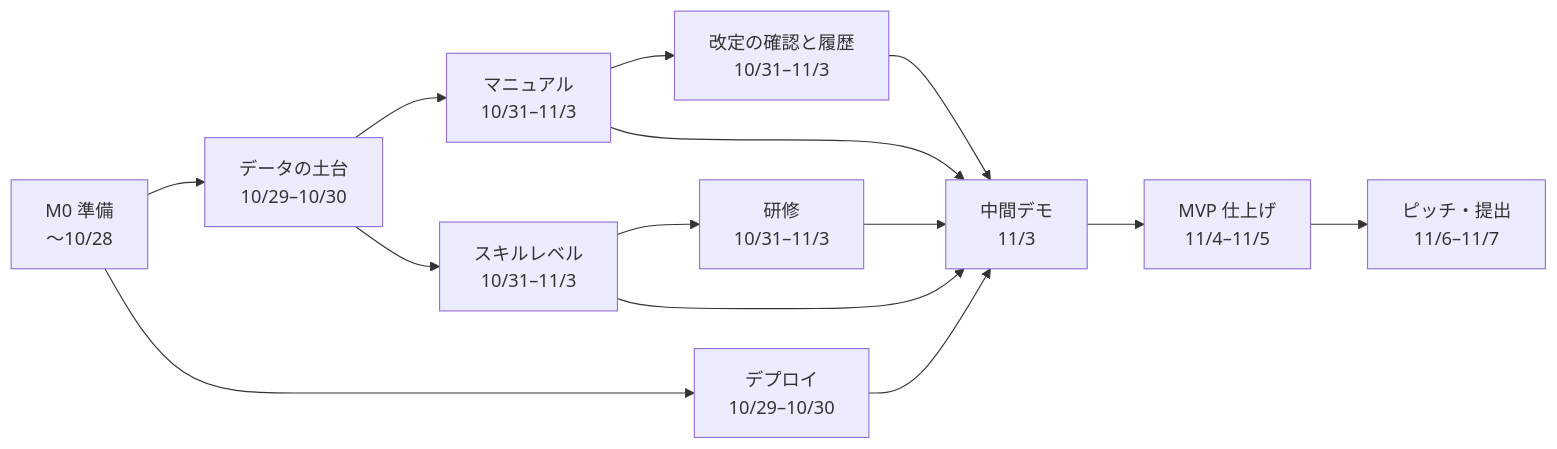
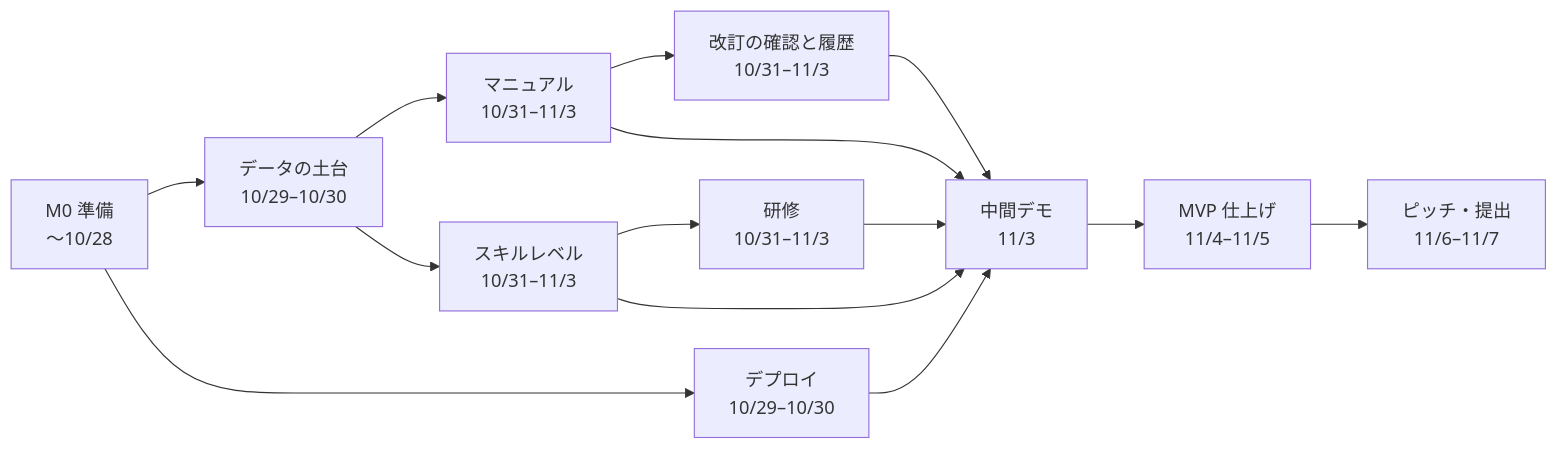
The first of 2 diagrams in docs/kickoff.md (amiami/NCT_RUNTEQ_hackathon_app), drawn with Mermaid before and after one commit. The commit also changed other lines of this file and 27 other files, not shown here.

````diff
--- a/docs/kickoff.md
+++ b/docs/kickoff.md
@@ -67,16 +67,16 @@
 ```mermaid
 flowchart LR
   P["M0 準備<br>〜10/28"] --> A["データの土台<br>10/29–10/30"]
   P --> B["デプロイ<br>10/29–10/30"]
   A --> C["マニュアル<br>10/31–11/3"]
   A --> D["スキルレベル<br>10/31–11/3"]
   D --> E["研修<br>10/31–11/3"]
-  C --> F["改定の確認と履歴<br>10/31–11/3"]
+  C --> F["改訂の確認と履歴<br>10/31–11/3"]
   B --> G["中間デモ<br>11/3"]
   C --> G
   D --> G
   E --> G
   F --> G
   G --> H["MVP 仕上げ<br>11/4–11/5"]
   H --> I["ピッチ・提出<br>11/6–11/7"]
 ```
````
